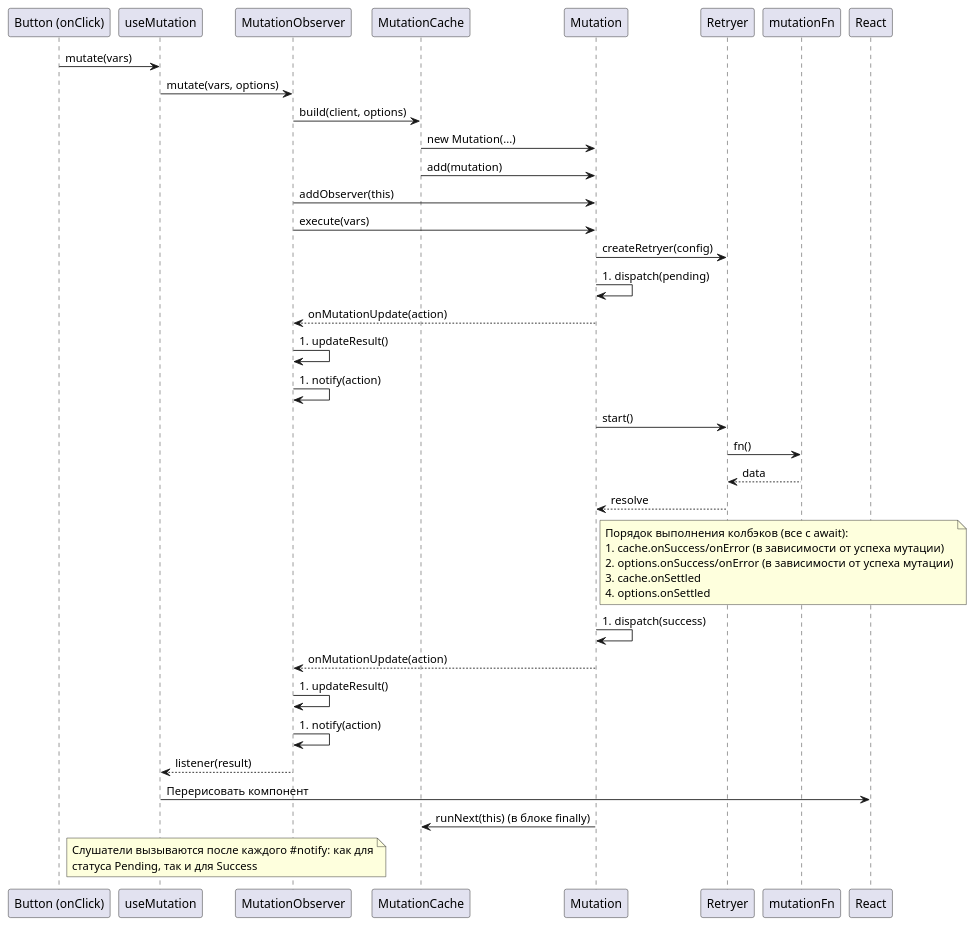
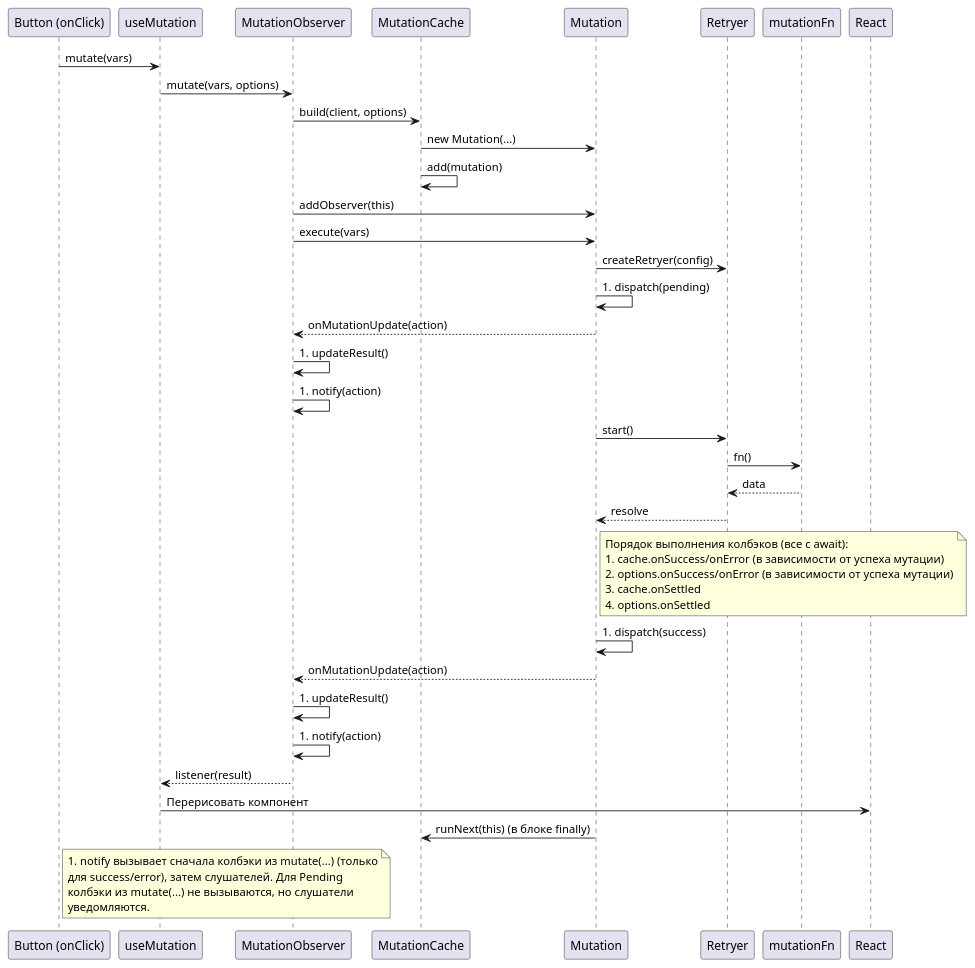
One commit to anufrievalex2006/PPO-5 changed the diagram in pumlDiagrams/sequence.puml. Above: the diagram before and after it, drawn with PlantUML. The commit also changed 2 other files, not shown here.

Commit message:
fixes in sequence diagram + readme

```diff
--- a/pumlDiagrams/sequence.puml
+++ b/pumlDiagrams/sequence.puml
@@ -1,46 +1,48 @@
 @startuml Sequence
 participant "Button (onClick)" as btn
 participant useMutation as hook
 participant MutationObserver as observer
 participant MutationCache as cache
 participant Mutation as mut
 participant Retryer as retryer
 participant mutationFn as fn
 participant React as React
 
 btn -> hook: mutate(vars)
 hook -> observer: mutate(vars, options)
 observer -> cache: build(client, options)
 cache -> mut: new Mutation(...)
-cache -> mut: add(mutation)
+cache -> cache: add(mutation)
 observer -> mut: addObserver(this)
 observer -> mut: execute(vars)
 mut -> retryer: createRetryer(config)
 mut -> mut: #dispatch(pending)
 mut --> observer: onMutationUpdate(action)
 observer -> observer: #updateResult()
 observer -> observer: #notify(action)
 mut -> retryer: start()
 retryer -> fn: fn()
 fn --> retryer: data
 retryer --> mut: resolve
 note right of mut
     Порядок выполнения колбэков (все с await):
     1. cache.onSuccess/onError (в зависимости от успеха мутации)
     2. options.onSuccess/onError (в зависимости от успеха мутации)
     3. cache.onSettled
     4. options.onSettled
 end note
 mut -> mut: #dispatch(success)
 mut --> observer: onMutationUpdate(action)
 observer -> observer: #updateResult()
 observer -> observer: #notify(action)
 observer --> hook: listener(result)
 hook -> React: Перерисовать компонент
 mut -> cache: runNext(this) (в блоке finally)
 
 note over observer, hook
-    Слушатели вызываются после каждого #notify: как для
-    статуса Pending, так и для Success
+    #notify вызывает сначала колбэки из mutate(...) (только
+    для success/error), затем слушателей. Для Pending
+    колбэки из mutate(...) не вызываются, но слушатели
+    уведомляются.
 end note
 @enduml
```
